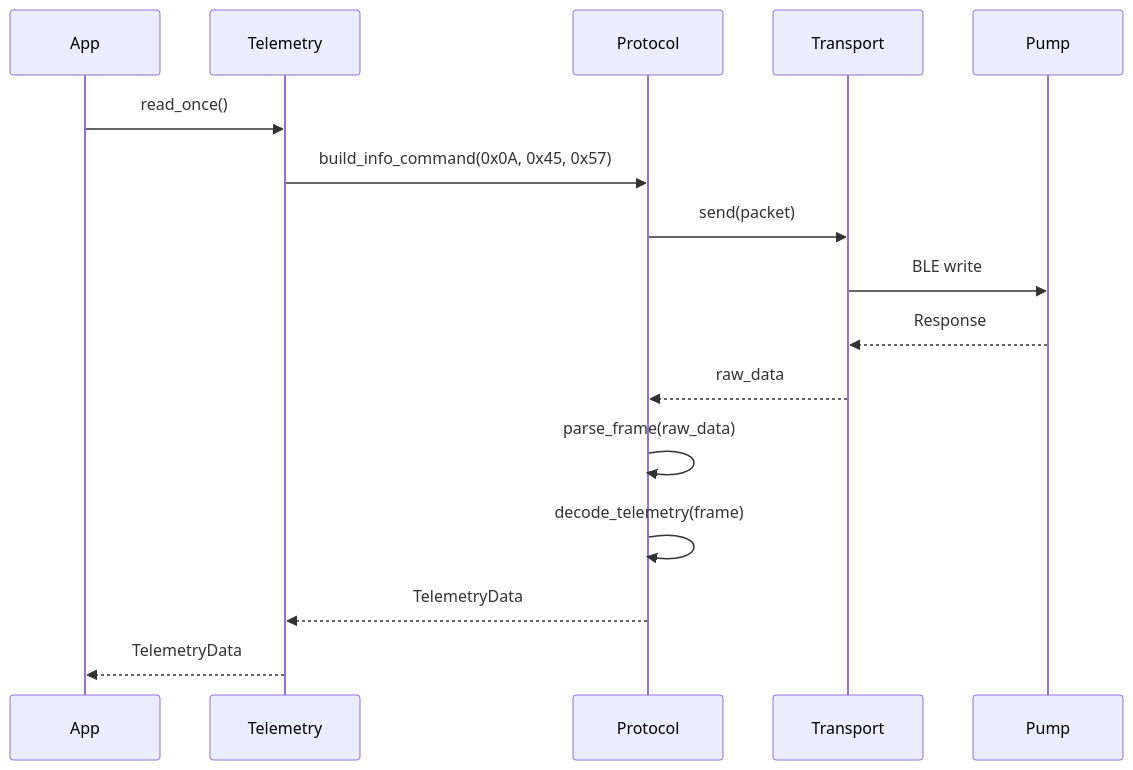
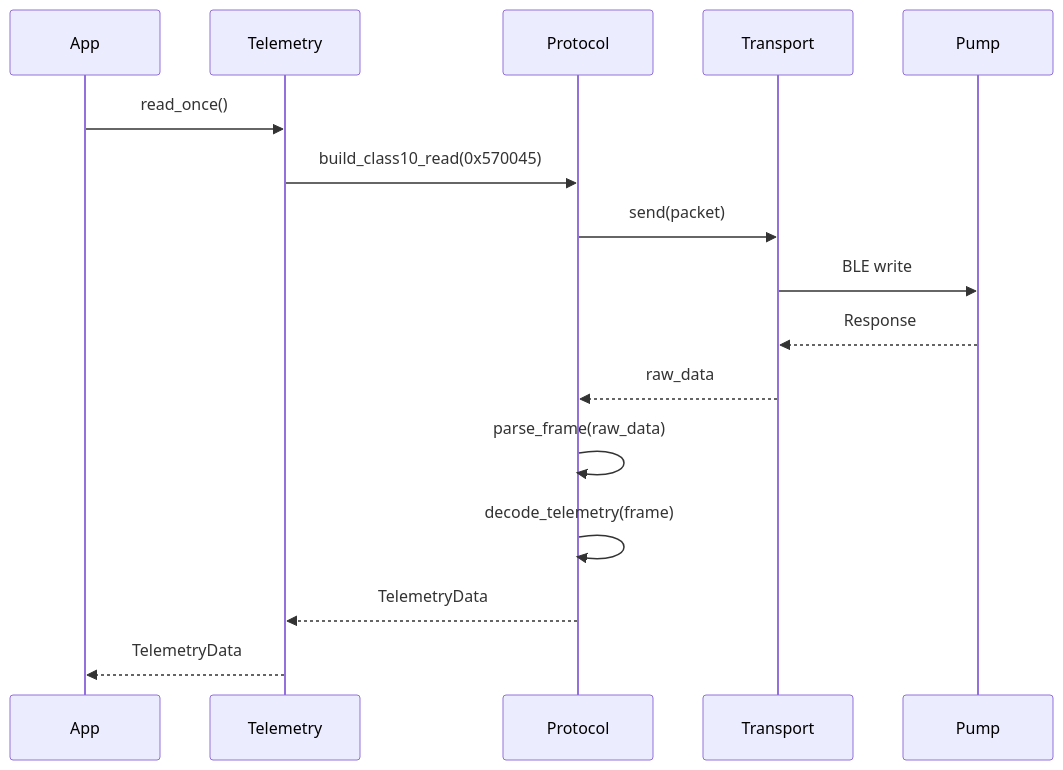
The third of 8 diagrams in docs/reimplementation/architecture.md (eman/alpha-hwr), drawn with Mermaid before and after one commit. The commit also changed other lines of this file and 7 other files, not shown here.

````diff
--- a/docs/reimplementation/architecture.md
+++ b/docs/reimplementation/architecture.md
@@ -101,19 +113,19 @@
 ```mermaid
 sequenceDiagram
     participant App
     participant Telemetry
     participant Protocol
     participant Transport
     participant Pump
     
     App->>Telemetry: read_once()
-    Telemetry->>Protocol: build_info_command(0x0A, 0x45, 0x57)
+    Telemetry->>Protocol: build_class10_read(0x570045)
     Protocol->>Transport: send(packet)
     Transport->>Pump: BLE write
     Pump-->>Transport: Response
     Transport-->>Protocol: raw_data
     Protocol->>Protocol: parse_frame(raw_data)
     Protocol->>Protocol: decode_telemetry(frame)
     Protocol-->>Telemetry: TelemetryData
     Telemetry-->>App: TelemetryData
 ```
````
